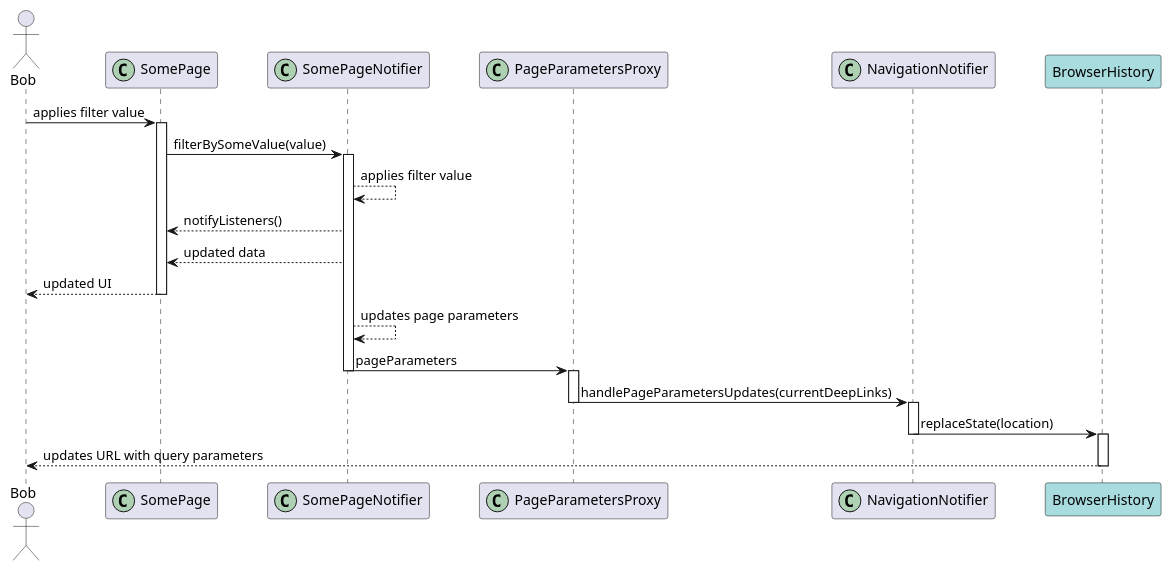
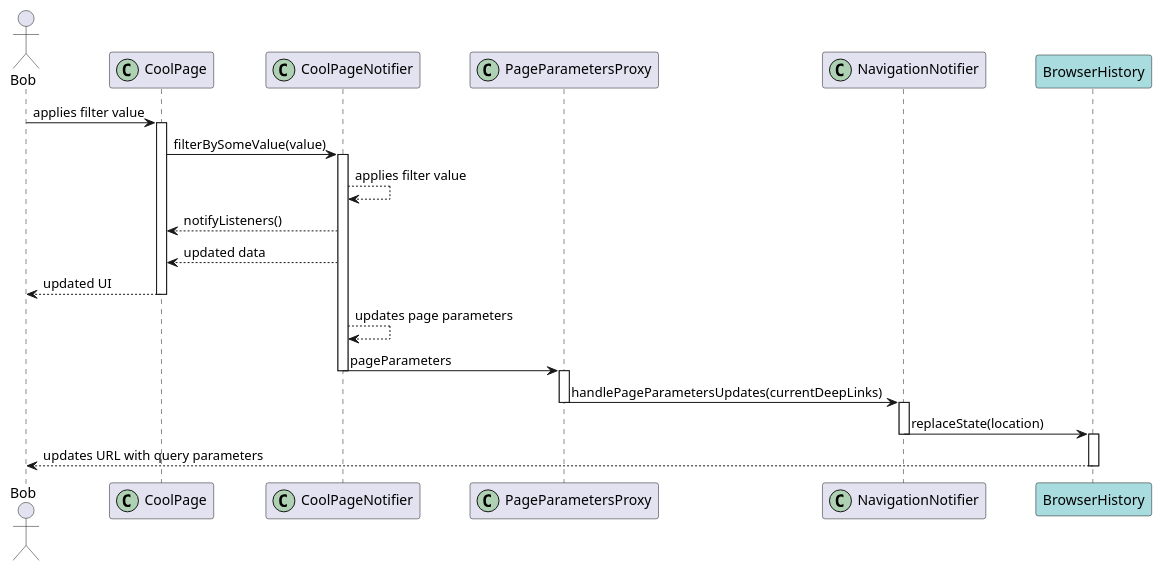
Before and after one commit to Flank/flank-dashboard: the diagram in metrics/web/docs/features/deep_links/diagrams/updating_deep_links_sequence_diagram.puml, drawn with PlantUML. The commit also changed 4 other files, not shown here.

```diff
--- a/metrics/web/docs/features/deep_links/diagrams/updating_deep_links_sequence_diagram.puml
+++ b/metrics/web/docs/features/deep_links/diagrams/updating_deep_links_sequence_diagram.puml
@@ -1,43 +1,43 @@
 @startuml updating_deep_links_sequence_diagram
 skinparam ParticipantPadding 20
 skinparam BoxPadding 10
 
 actor Bob
 
-participant SomePage << (C,#ADD1B2) >>
-participant SomePageNotifier << (C,#ADD1B2) >>
+participant CoolPage << (C,#ADD1B2) >>
+participant CoolPageNotifier << (C,#ADD1B2) >>
 participant PageParametersProxy << (C,#ADD1B2) >>
 participant NavigationNotifier << (C,#ADD1B2) >>
 participant BrowserHistory #A9DCDF
 
-Bob -> SomePage : applies filter value
-activate SomePage
+Bob -> CoolPage : applies filter value
+activate CoolPage
 
-SomePage -> SomePageNotifier : filterBySomeValue(value)
-activate SomePageNotifier
+CoolPage -> CoolPageNotifier : filterBySomeValue(value)
+activate CoolPageNotifier
 
-SomePageNotifier --> SomePageNotifier : applies filter value
-SomePageNotifier --> SomePage : notifyListeners()
-SomePageNotifier --> SomePage : updated data
-SomePage --> Bob : updated UI
-deactivate SomePage
+CoolPageNotifier --> CoolPageNotifier : applies filter value
+CoolPageNotifier --> CoolPage : notifyListeners()
+CoolPageNotifier --> CoolPage : updated data
+CoolPage --> Bob : updated UI
+deactivate CoolPage
 
-SomePageNotifier --> SomePageNotifier : updates page parameters
+CoolPageNotifier --> CoolPageNotifier : updates page parameters
 
-SomePageNotifier -> PageParametersProxy : pageParameters
-deactivate SomePageNotifier
+CoolPageNotifier -> PageParametersProxy : pageParameters
+deactivate CoolPageNotifier
 activate PageParametersProxy
 
 PageParametersProxy -> NavigationNotifier : handlePageParametersUpdates(currentDeepLinks)
 deactivate PageParametersProxy
 activate NavigationNotifier
 
 NavigationNotifier -> BrowserHistory : replaceState(location)
 deactivate NavigationNotifier
 
 activate BrowserHistory
 
 BrowserHistory --> Bob : updates URL with query parameters
 deactivate BrowserHistory
 
 @enduml
```
